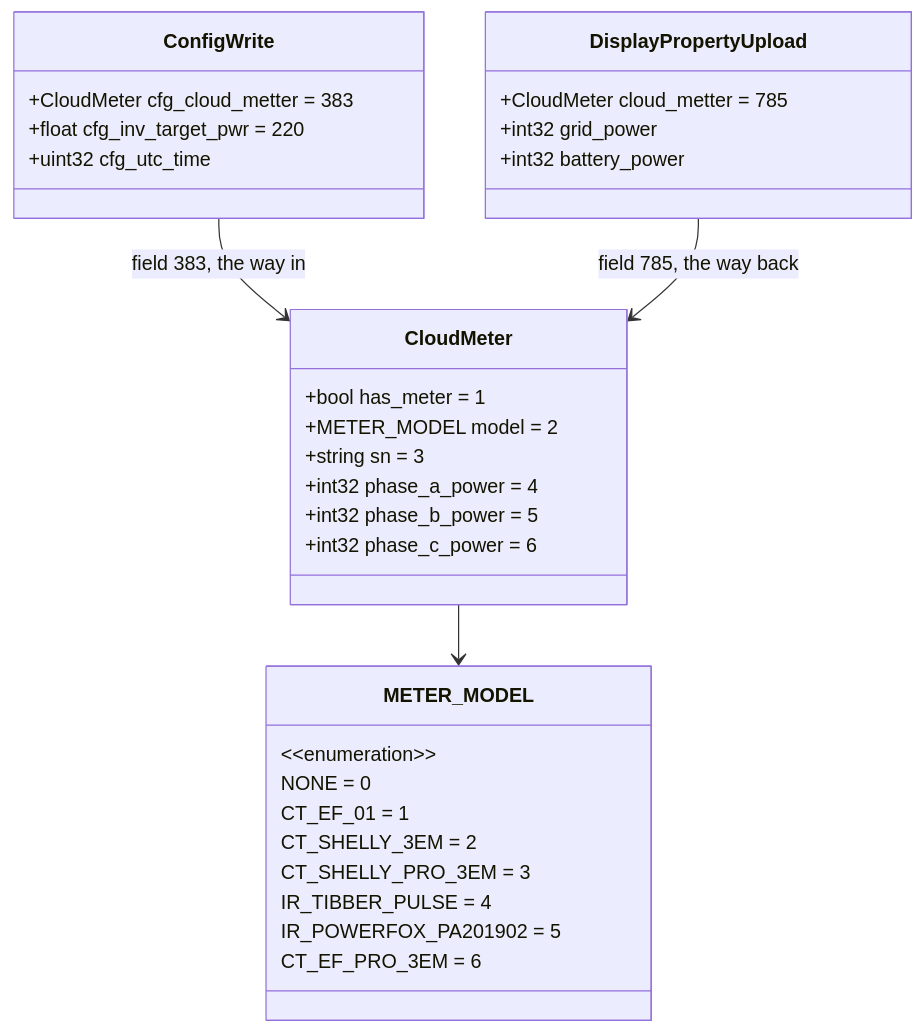
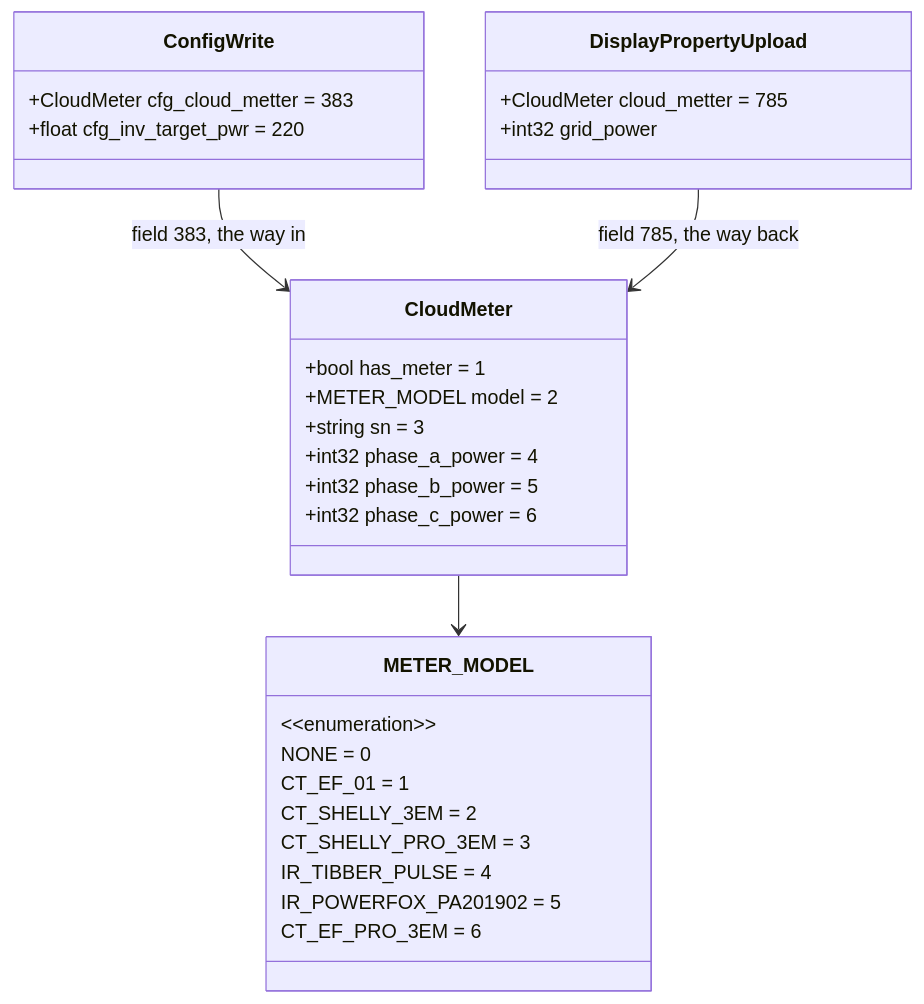
One commit to phoinixgrr/mastori changed the third of 16 diagrams in content/posts/ecoflow-zero-export-ble-meter-injection/index.md. Above: the diagram before and after it, drawn with Mermaid. The commit also changed other lines of this file, not shown here.

```diff
--- a/content/posts/ecoflow-zero-export-ble-meter-injection/index.md
+++ b/content/posts/ecoflow-zero-export-ble-meter-injection/index.md
@@ -138,34 +120,32 @@
 {{< mermaid >}}
 classDiagram
     class ConfigWrite {
         +CloudMeter cfg_cloud_metter = 383
         +float cfg_inv_target_pwr = 220
-        +uint32 cfg_utc_time
     }
     class DisplayPropertyUpload {
         +CloudMeter cloud_metter = 785
         +int32 grid_power
-        +int32 battery_power
     }
     class CloudMeter {
         +bool has_meter = 1
         +METER_MODEL model = 2
         +string sn = 3
         +int32 phase_a_power = 4
         +int32 phase_b_power = 5
         +int32 phase_c_power = 6
     }
     class METER_MODEL {
         &lt;&lt;enumeration&gt;&gt;
         NONE = 0
         CT_EF_01 = 1
         CT_SHELLY_3EM = 2
         CT_SHELLY_PRO_3EM = 3
         IR_TIBBER_PULSE = 4
         IR_POWERFOX_PA201902 = 5
         CT_EF_PRO_3EM = 6
     }
     ConfigWrite --> CloudMeter : field 383, the way in
     DisplayPropertyUpload --> CloudMeter : field 785, the way back
     CloudMeter --> METER_MODEL
 {{< /mermaid >}}
```
